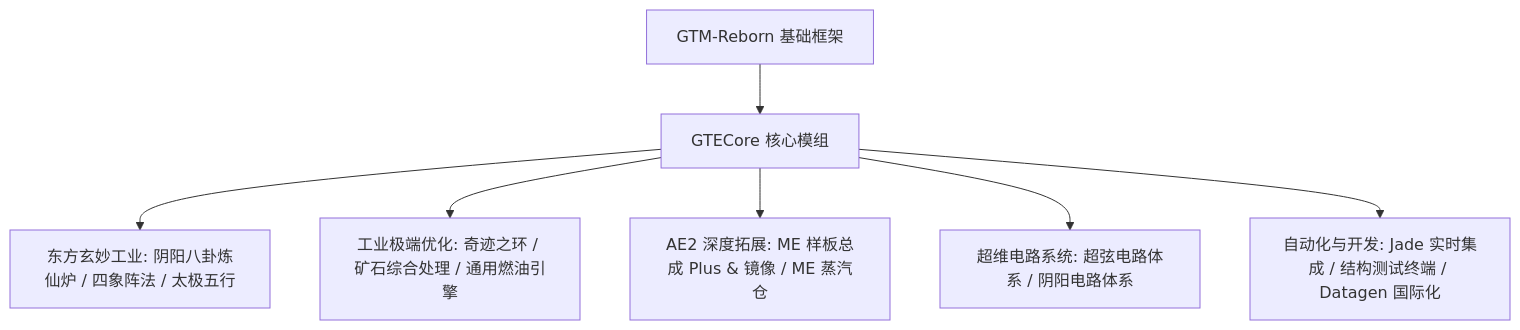
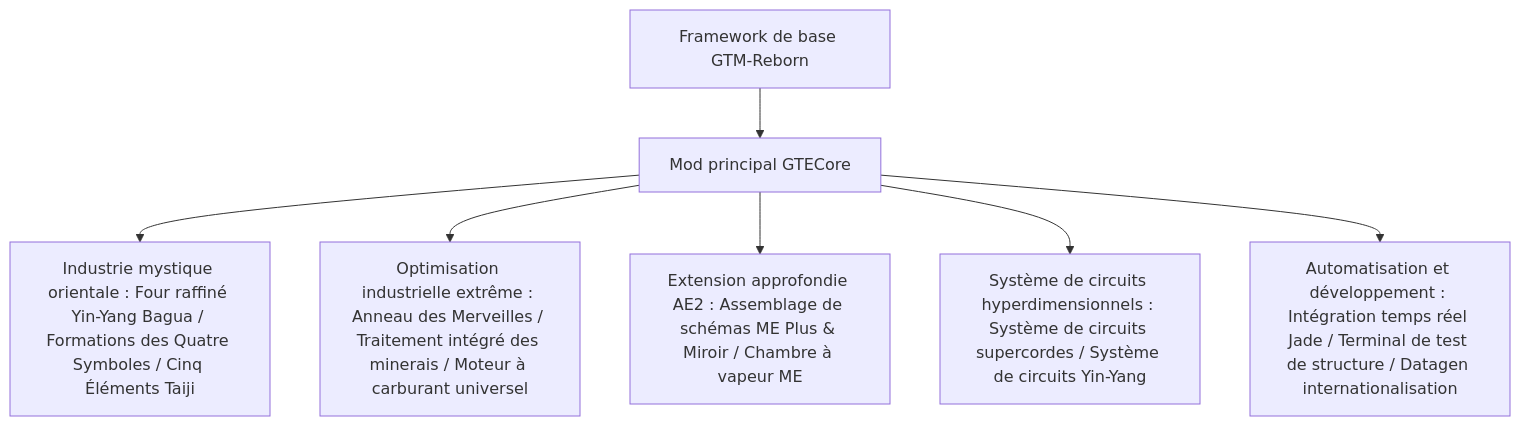
One commit to takanashisatou/GregtechEasy-Docs changed the diagram in docs/fr/gtecore/overview.md. Above: the diagram before and after it, drawn with Mermaid. The commit also changed other lines of this file and 99 other files, not shown here.

````diff
--- a/docs/fr/gtecore/overview.md
+++ b/docs/fr/gtecore/overview.md
@@ -9,9 +9,9 @@
 ```mermaid
 graph TD
-    A[GTM-Reborn 基础框架] --> B[GTECore 核心模组]
-    B --> C[东方玄妙工业: 阴阳八卦炼仙炉 / 四象阵法 / 太极五行]
-    B --> D[工业极端优化: 奇迹之环 / 矿石综合处理 / 通用燃油引擎]
-    B --> E[AE2 深度拓展: ME 样板总成 Plus & 镜像 / ME 蒸汽仓]
-    B --> F[超维电路系统: 超弦电路体系 / 阴阳电路体系]
-    B --> G[自动化与开发: Jade 实时集成 / 结构测试终端 / Datagen 国际化]
+    A[Framework de base GTM-Reborn] --> B[Mod principal GTECore]
+    B --> C[Industrie mystique orientale : Four raffiné Yin-Yang Bagua / Formations des Quatre Symboles / Cinq Éléments Taiji]
+    B --> D[Optimisation industrielle extrême : Anneau des Merveilles / Traitement intégré des minerais / Moteur à carburant universel]
+    B --> E[Extension approfondie AE2 : Assemblage de schémas ME Plus & Miroir / Chambre à vapeur ME]
+    B --> F[Système de circuits hyperdimensionnels : Système de circuits supercordes / Système de circuits Yin-Yang]
+    B --> G[Automatisation et développement : Intégration temps réel Jade / Terminal de test de structure / Datagen internationalisation]
 ```
````
